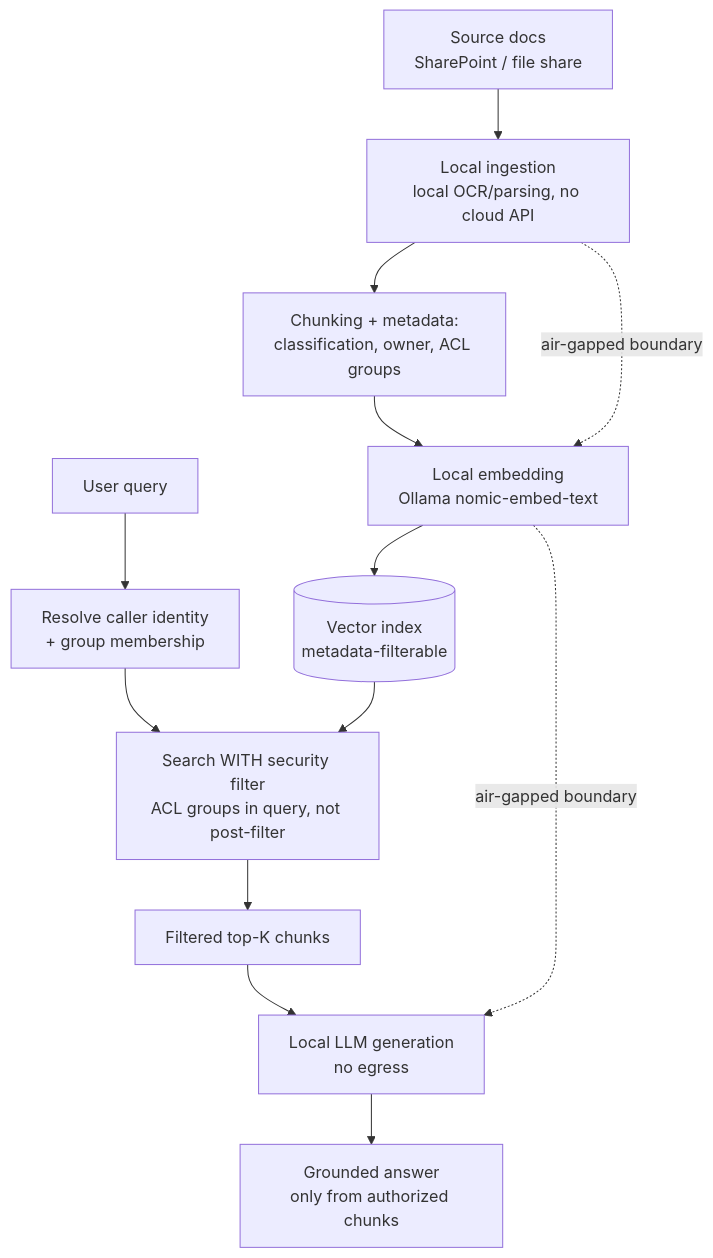
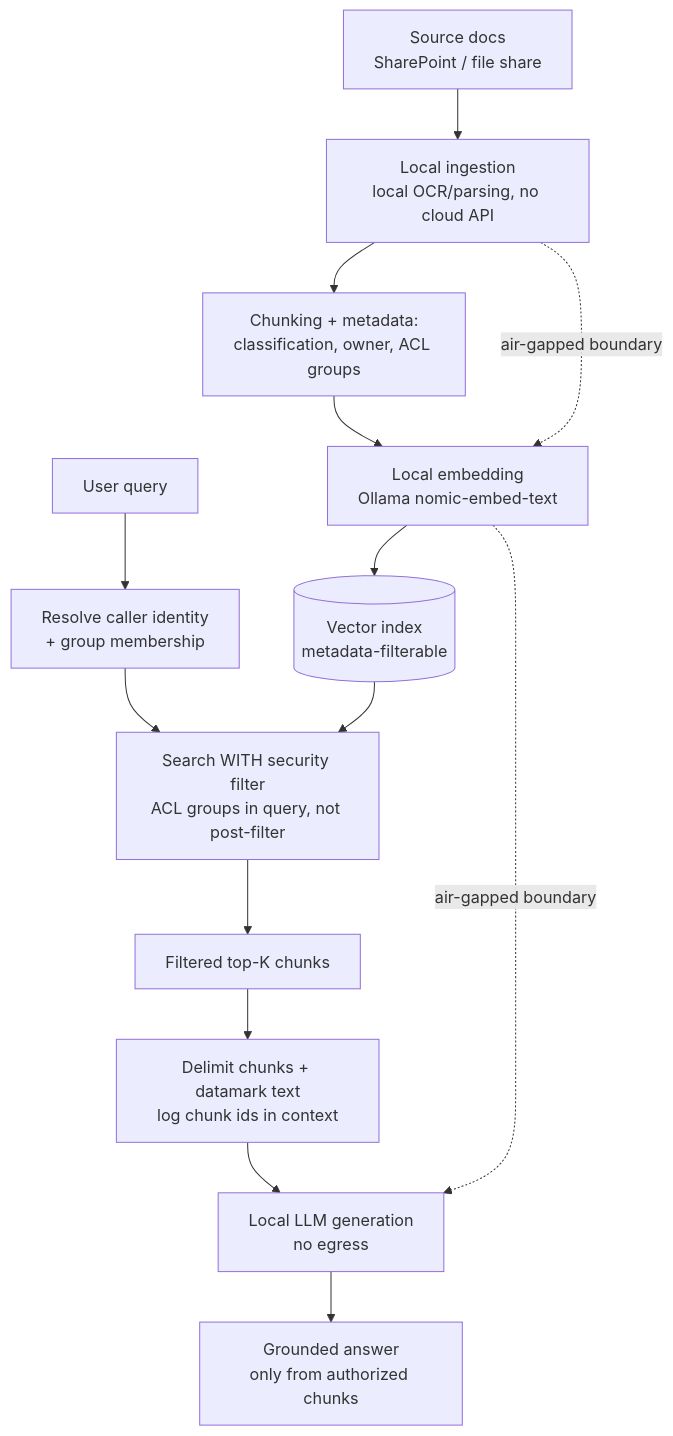
One commit to mohamedmahersaid/Enterprise-AI-and-Intelligent-Systems changed the diagram in docs/ai-tree-applied-systems/ai-branch-rag-knowledge/ai-private-enterprise-rag.md. Above: the diagram before and after it, drawn with Mermaid. The commit also changed other lines of this file and 14 other files, not shown here.

````diff
--- a/docs/ai-tree-applied-systems/ai-branch-rag-knowledge/ai-private-enterprise-rag.md
+++ b/docs/ai-tree-applied-systems/ai-branch-rag-knowledge/ai-private-enterprise-rag.md
@@ -31,15 +33,16 @@
 ```mermaid
 flowchart TD
     A[Source docs\nSharePoint / file share] --> B[Local ingestion\nlocal OCR/parsing, no cloud API]
     B --> C[Chunking + metadata:\nclassification, owner, ACL groups]
     C --> D[Local embedding\nOllama nomic-embed-text]
     D --> E[(Vector index\nmetadata-filterable)]
     F[User query] --> G[Resolve caller identity\n+ group membership]
     G --> H[Search WITH security filter\nACL groups in query, not post-filter]
     E --> H
     H --> I[Filtered top-K chunks]
-    I --> J[Local LLM generation\nno egress]
+    I --> S[Delimit chunks + datamark text\nlog chunk ids in context]
+    S --> J[Local LLM generation\nno egress]
     J --> K[Grounded answer\nonly from authorized chunks]
     B -.air-gapped boundary.-> D
     D -.air-gapped boundary.-> J
 ```
````
